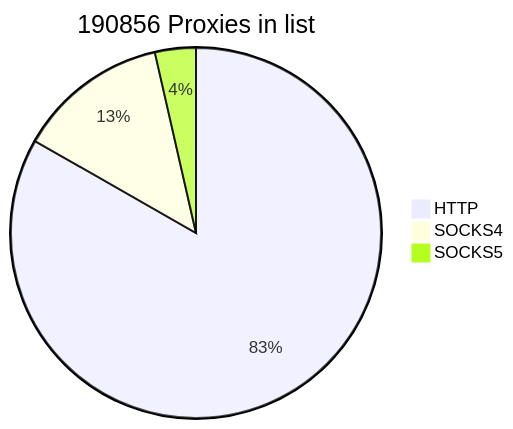
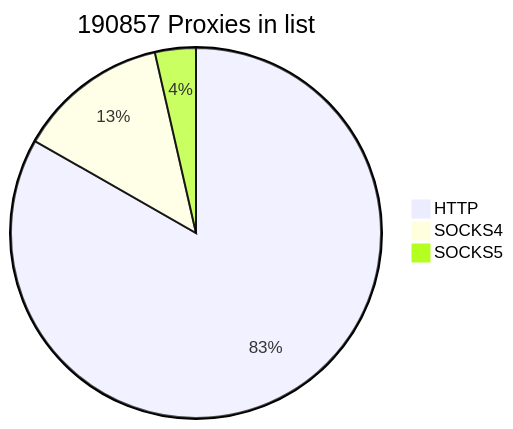
Before and after one commit to cutipu/proxylist: the first of 2 diagrams in README.md, drawn with Mermaid. The commit also changed other lines of this file, not shown here.

````diff
--- a/README.md
+++ b/README.md
@@ -2,7 +2,7 @@
 ```mermaid
-pie title 190856 Proxies in list
+pie title 190857 Proxies in list
     "HTTP" : 158898
     "SOCKS4" : 25148
-    "SOCKS5" : 6810
+    "SOCKS5" : 6811
             
 ```
````
